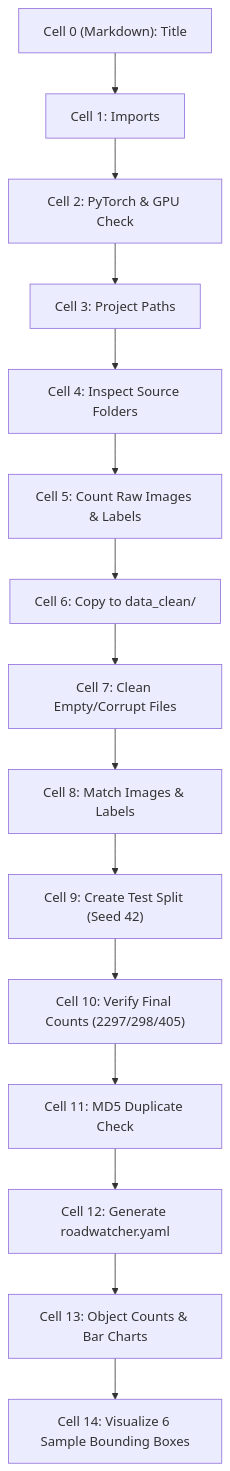
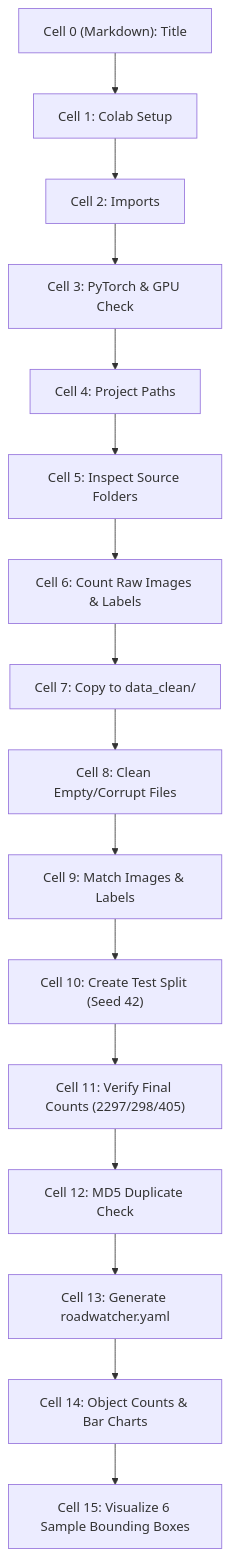
Before and after one commit to adamaarbouba/RoadWatcher: the diagram in docs/01_prepare_data_cells.md, drawn with Mermaid. The commit also changed other lines of this file and 14 other files, not shown here.

Commit message:
Update project for Colab and Streamlit deployment - Adapt 01 and 02 notebooks for Google Colab - Fix NumPy 2.0 trapz and Pillow 10 getsize compatibility in YOLOv9 - Add export.py with official YOLOv9 export formats - Add Streamlit web application and 03 deployment notebook

````diff
--- a/docs/01_prepare_data_cells.md
+++ b/docs/01_prepare_data_cells.md
@@ -24,17 +25,18 @@
 ```mermaid
 flowchart TD
-    C0["Cell 0 (Markdown): Title"] --> C1["Cell 1: Imports"]
-    C1 --> C2["Cell 2: PyTorch & GPU Check"]
-    C2 --> C3["Cell 3: Project Paths"]
-    C3 --> C4["Cell 4: Inspect Source Folders"]
-    C4 --> C5["Cell 5: Count Raw Images & Labels"]
-    C5 --> C6["Cell 6: Copy to data_clean/"]
-    C6 --> C7["Cell 7: Clean Empty/Corrupt Files"]
-    C7 --> C8["Cell 8: Match Images & Labels"]
-    C8 --> C9["Cell 9: Create Test Split (Seed 42)"]
-    C9 --> C10["Cell 10: Verify Final Counts (2297/298/405)"]
-    C10 --> C11["Cell 11: MD5 Duplicate Check"]
-    C11 --> C12["Cell 12: Generate roadwatcher.yaml"]
-    C12 --> C13["Cell 13: Object Counts & Bar Charts"]
-    C13 --> C14["Cell 14: Visualize 6 Sample Bounding Boxes"]
+    C0["Cell 0 (Markdown): Title"] --> C1["Cell 1: Colab Setup"]
+    C1 --> C2["Cell 2: Imports"]
+    C2 --> C3["Cell 3: PyTorch & GPU Check"]
+    C3 --> C4["Cell 4: Project Paths"]
+    C4 --> C5["Cell 5: Inspect Source Folders"]
+    C5 --> C6["Cell 6: Count Raw Images & Labels"]
+    C6 --> C7["Cell 7: Copy to data_clean/"]
+    C7 --> C8["Cell 8: Clean Empty/Corrupt Files"]
+    C8 --> C9["Cell 9: Match Images & Labels"]
+    C9 --> C10["Cell 10: Create Test Split (Seed 42)"]
+    C10 --> C11["Cell 11: Verify Final Counts (2297/298/405)"]
+    C11 --> C12["Cell 12: MD5 Duplicate Check"]
+    C12 --> C13["Cell 13: Generate roadwatcher.yaml"]
+    C13 --> C14["Cell 14: Object Counts & Bar Charts"]
+    C14 --> C15["Cell 15: Visualize 6 Sample Bounding Boxes"]
 ```
````
